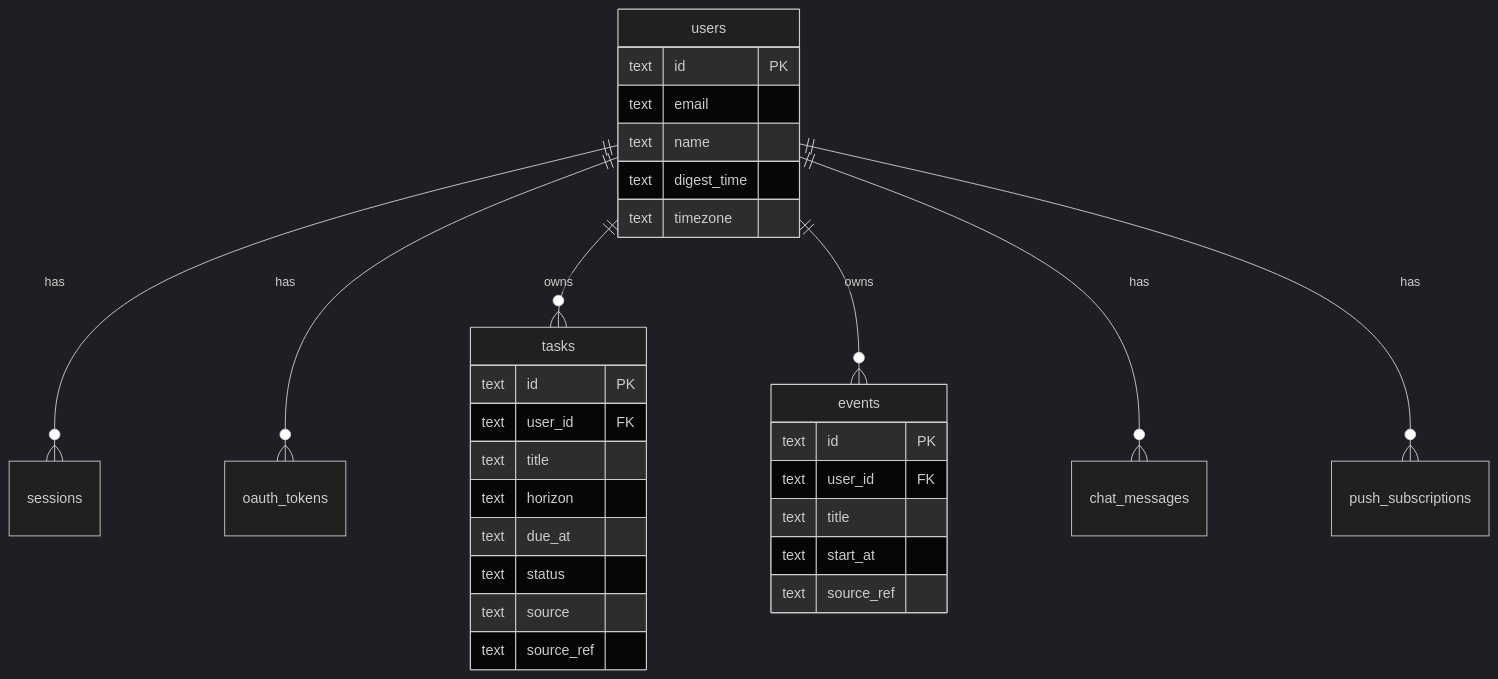
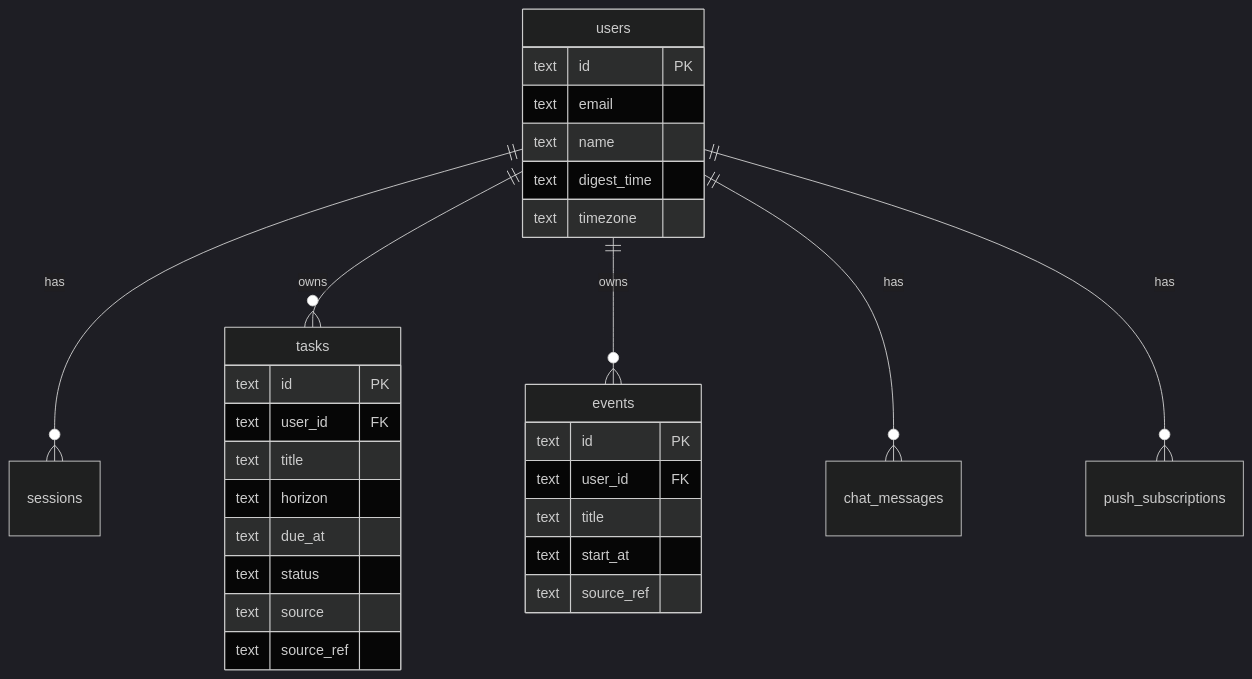
One commit to keitaroooo/aide changed the second of 5 diagrams in README.md. Above: the diagram before and after it, drawn with Mermaid (dark theme). The commit also changed other lines of this file and 19 other files, not shown here.

````diff
--- a/README.md
+++ b/README.md
@@ -142,34 +130,33 @@
 ```mermaid
 erDiagram
   users ||--o{ sessions : has
-  users ||--o{ oauth_tokens : has
   users ||--o{ tasks : owns
   users ||--o{ events : owns
   users ||--o{ chat_messages : has
   users ||--o{ push_subscriptions : has
 
   users {
     text id PK
     text email
     text name
     text digest_time
     text timezone
   }
   tasks {
     text id PK
     text user_id FK
     text title
     text horizon
     text due_at
     text status
     text source
     text source_ref
   }
   events {
     text id PK
     text user_id FK
     text title
     text start_at
     text source_ref
   }
 ```
````
